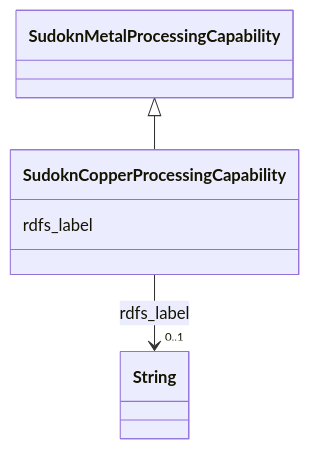
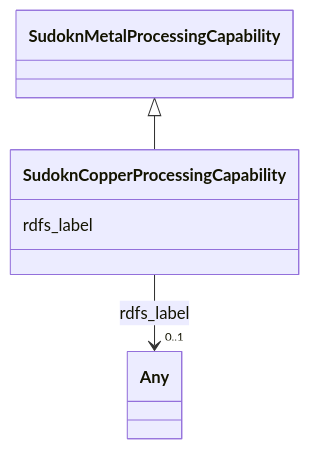
One commit to frink-okn/graph-descriptions changed the diagram in sudokn-kg/classes/SudoknCopperProcessingCapability.md. Above: the diagram before and after it, drawn with Mermaid. The commit also changed other lines of this file and 903 other files, not shown here.

````diff
--- a/sudokn-kg/classes/SudoknCopperProcessingCapability.md
+++ b/sudokn-kg/classes/SudoknCopperProcessingCapability.md
@@ -23,18 +18,18 @@
 ```mermaid
  classDiagram
     class SudoknCopperProcessingCapability
     click SudoknCopperProcessingCapability href "../SudoknCopperProcessingCapability"
       SudoknMetalProcessingCapability <|-- SudoknCopperProcessingCapability
         click SudoknMetalProcessingCapability href "../SudoknMetalProcessingCapability"
       
       SudoknCopperProcessingCapability : rdfs_label
         
           
     
     
-    SudoknCopperProcessingCapability --> "0..1" String : rdfs_label
-    click String href "../String"
+    SudoknCopperProcessingCapability --> "0..1" Any : rdfs_label
+    click Any href "../Any"
 
         
       
 ```
````
